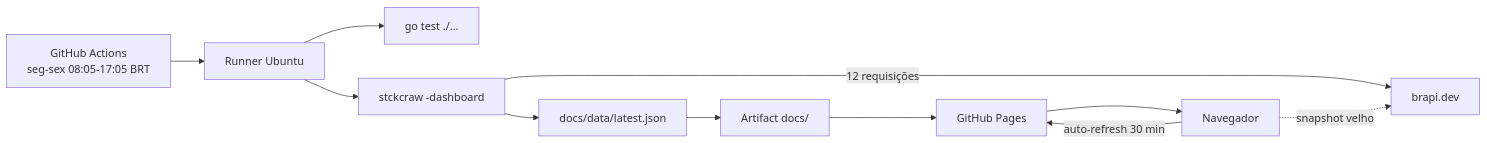
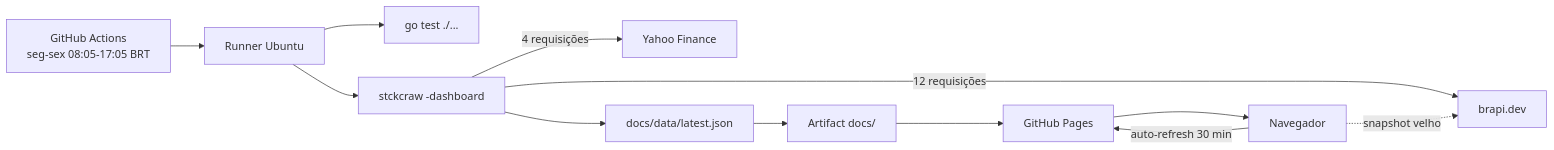
One commit to fabianoflorentino/stckcraw changed the diagram in README.md. Above: the diagram before and after it, drawn with Mermaid. The commit also changed other lines of this file and 10 other files, not shown here.

````diff
--- a/README.md
+++ b/README.md
@@ -26,13 +27,14 @@
 ```mermaid
 flowchart LR
   cron["GitHub Actions<br/>seg-sex 08:05-17:05 BRT"] --> runner["Runner Ubuntu"]
   runner --> test["go test ./..."]
   runner --> crawler["stckcraw -dashboard"]
   crawler -->|12 requisições| brapi["brapi.dev"]
+  crawler -->|4 requisições| yahoo["Yahoo Finance"]
   crawler --> json["docs/data/latest.json"]
   json --> artifact["Artifact docs/"]
   artifact --> pages["GitHub Pages"]
   pages --> user["Navegador"]
   user -->|auto-refresh 30 min| pages
   user -.->|snapshot velho| brapi
 ```
````
